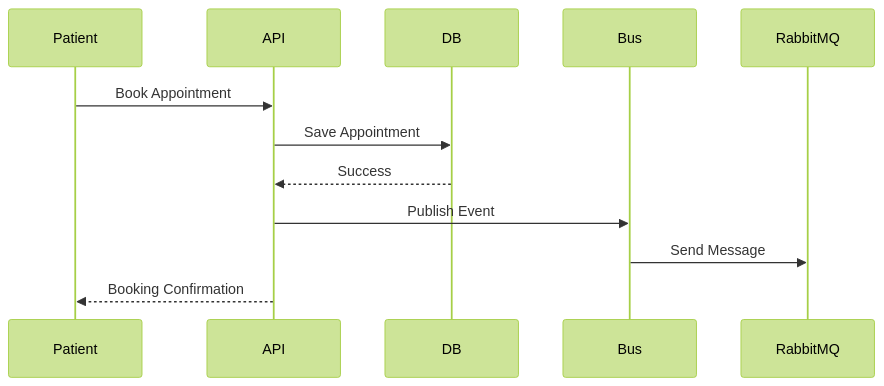
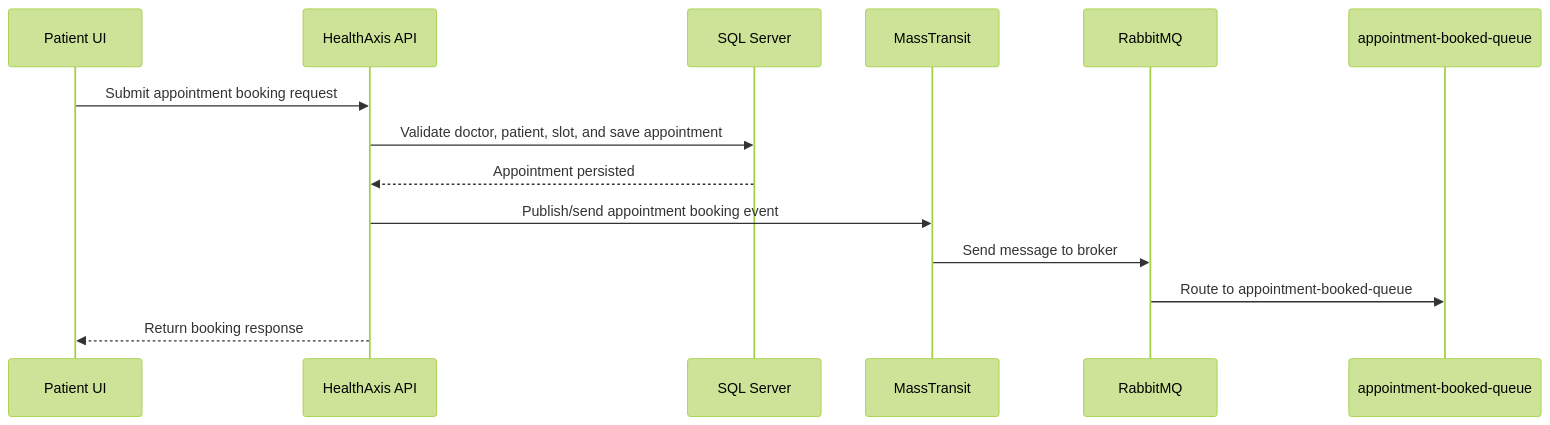
Before and after one commit to abhisheku-16/HealthAxis-app-aws: the fourth of 6 diagrams in README.md, drawn with Mermaid (forest theme). The commit also changed other lines of this file, not shown here.

````diff
--- a/README.md
+++ b/README.md
@@ -216,15 +241,18 @@
 ```mermaid
 sequenceDiagram
-    participant Patient
-    participant API
-    participant DB
-    participant Bus
-    participant RabbitMQ
+    participant Patient as Patient UI
+    participant API as HealthAxis API
+    participant DB as SQL Server
+    participant Bus as MassTransit
+    participant Rabbit as RabbitMQ
+    participant Queue as appointment-booked-queue
 
-    Patient->>API: Book Appointment
-    API->>DB: Save Appointment
-    DB-->>API: Success
-    API->>Bus: Publish Event
-    Bus->>RabbitMQ: Send Message
-    API-->>Patient: Booking Confirmation
+    Patient->>API: Submit appointment booking request
+    API->>DB: Validate doctor, patient, slot, and save appointment
+    DB-->>API: Appointment persisted
+    API->>Bus: Publish/send appointment booking event
+    Bus->>Rabbit: Send message to broker
+    Rabbit->>Queue: Route to appointment-booked-queue
+    API-->>Patient: Return booking response
+
 ```
````
